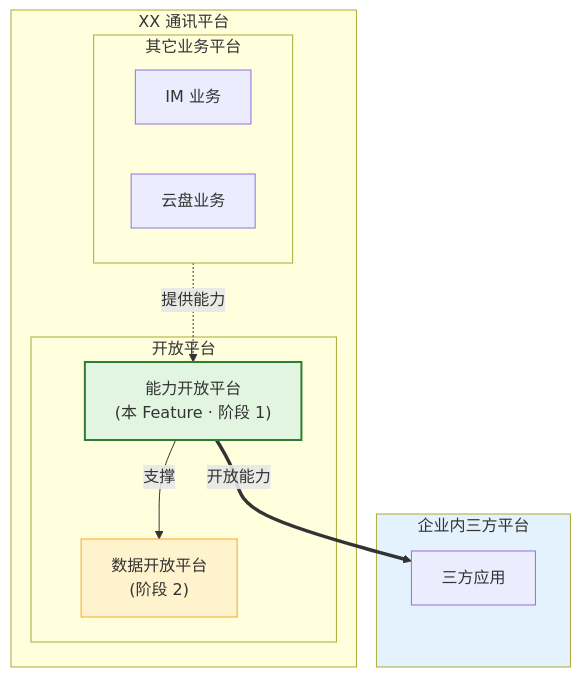
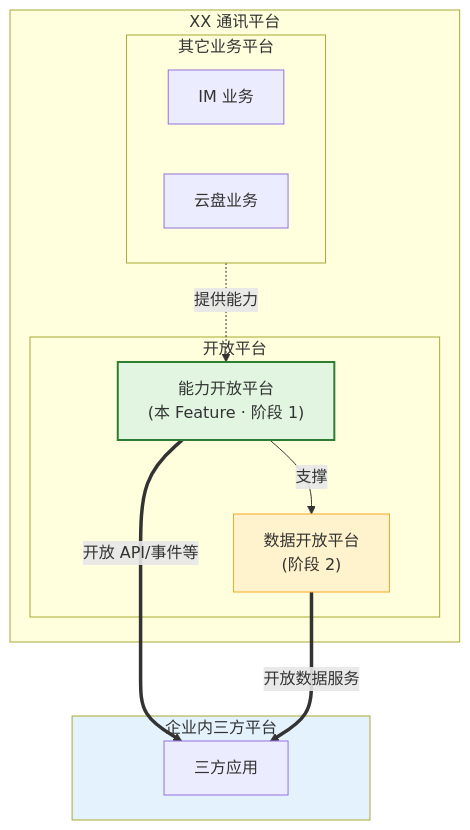
The first of 6 diagrams in open-app/.sdd/specs-tree-root/specs-tree-capability-open-platform/spec.md (THZSummer/Product), drawn with Mermaid before and after one commit. The commit also changed other lines of this file, not shown here.

Commit message:
fix(spec): 修正 §1.3 定位图 — 能力开放和数据开放均面向三方平台
- 增加 Data ==> Apps 连线，明确数据开放平台也面向三方平台
- 细化能力开放平台开放的内容类型（API/事件 vs 数据服务）
- 新增说明文字澄清两者均面向企业内三方平台

````diff
--- a/open-app/.sdd/specs-tree-root/specs-tree-capability-open-platform/spec.md
+++ b/open-app/.sdd/specs-tree-root/specs-tree-capability-open-platform/spec.md
@@ -33,26 +33,27 @@
 ```mermaid
 graph TB
     subgraph XX["XX 通讯平台"]
         subgraph Biz["其它业务平台"]
             Biz_IM[IM 业务]
             Biz_Cloud[云盘业务]
         end
         
         subgraph Open["开放平台"]
             Cap["能力开放平台\n(本 Feature · 阶段 1)"]
             Data["数据开放平台\n(阶段 2)"]
         end
     end
 
     subgraph Third["企业内三方平台"]
         Apps[三方应用]
     end
 
     Cap -->|支撑| Data
     Biz -.->|提供能力| Cap
-    Cap ==>|开放能力| Apps
+    Cap ==>|开放 API/事件等| Apps
+    Data ==>|开放数据服务| Apps
 
     style Cap fill:#e1f5e1,stroke:#2e7d32,stroke-width:2px
     style Data fill:#fff3cd,stroke:#f9a825
     style Third fill:#e3f2fd
 ```
````
